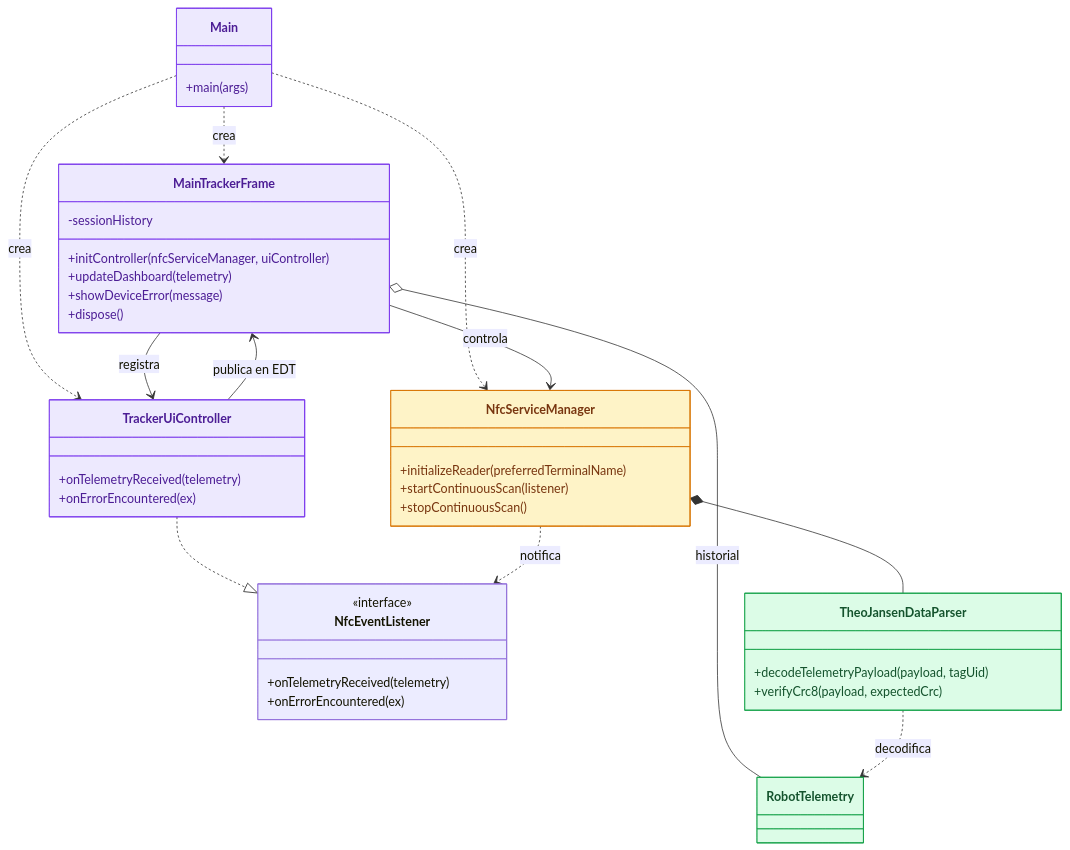
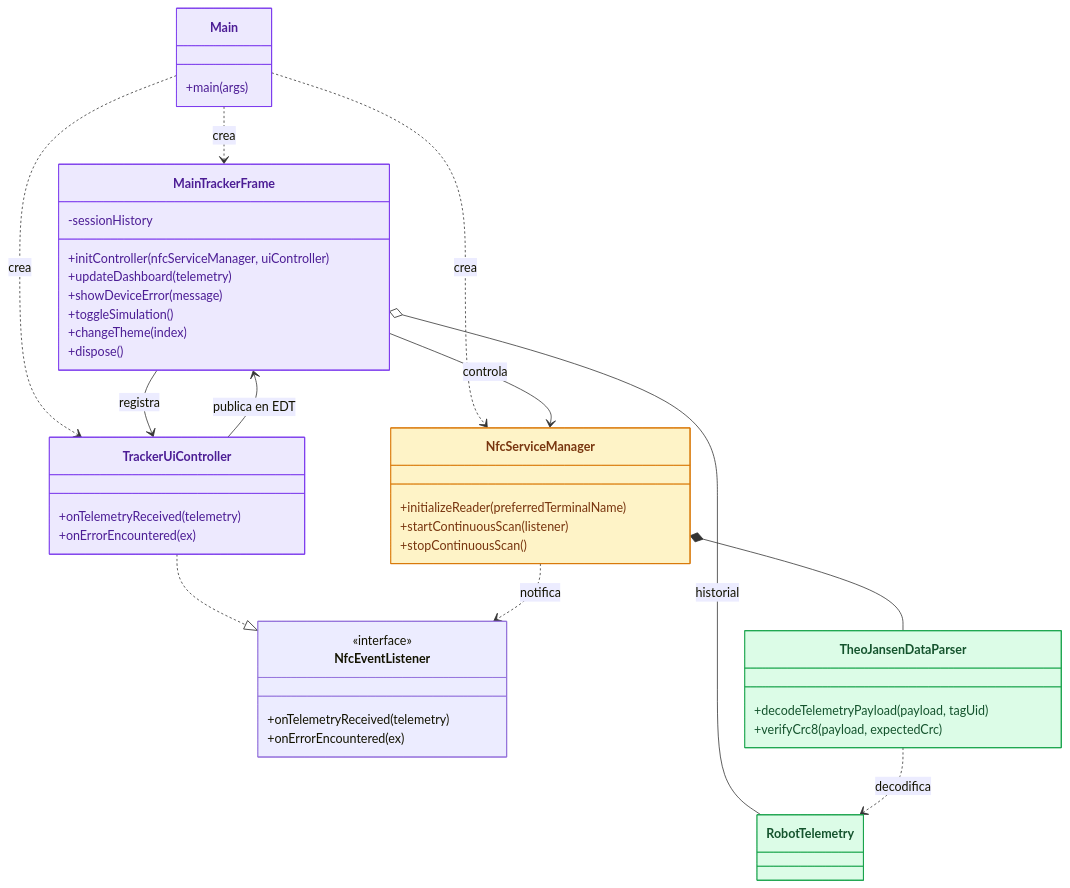
Before and after one commit to RamsesCB/heliostrand-nfc-core-cpp: the sixth of 15 diagrams in README.md, drawn with Mermaid. The commit also changed 1 other file, not shown here.

Commit message:
docs: align class diagrams in README and APPNFC.drawio with current codebase

````diff
--- a/README.md
+++ b/README.md
@@ -216,50 +216,52 @@
 ```mermaid
 classDiagram
     direction TB
     class Main {
         +main(args)
     }
     class MainTrackerFrame {
         -sessionHistory
         +initController(nfcServiceManager, uiController)
         +updateDashboard(telemetry)
         +showDeviceError(message)
+        +toggleSimulation()
+        +changeTheme(index)
         +dispose()
     }
     class TrackerUiController {
         +onTelemetryReceived(telemetry)
         +onErrorEncountered(ex)
     }
     class NfcEventListener {
         <<interface>>
         +onTelemetryReceived(telemetry)
         +onErrorEncountered(ex)
     }
     class NfcServiceManager {
         +initializeReader(preferredTerminalName)
         +startContinuousScan(listener)
         +stopContinuousScan()
     }
     class TheoJansenDataParser {
         +decodeTelemetryPayload(payload, tagUid)
         +verifyCrc8(payload, expectedCrc)
     }
     class RobotTelemetry
     Main ..> MainTrackerFrame : crea
     Main ..> TrackerUiController : crea
     Main ..> NfcServiceManager : crea
     MainTrackerFrame --> NfcServiceManager : controla
     MainTrackerFrame --> TrackerUiController : registra
     MainTrackerFrame o-- RobotTelemetry : historial
     TrackerUiController ..|> NfcEventListener
     TrackerUiController --> MainTrackerFrame : publica en EDT
     NfcServiceManager ..> NfcEventListener : notifica
     NfcServiceManager *-- TheoJansenDataParser
     TheoJansenDataParser ..> RobotTelemetry : decodifica
     style Main fill:#EDE9FE,color:#4C1D95,stroke:#7C3AED
     style MainTrackerFrame fill:#EDE9FE,color:#4C1D95,stroke:#7C3AED
     style TrackerUiController fill:#EDE9FE,color:#4C1D95,stroke:#7C3AED
     style NfcServiceManager fill:#FEF3C7,color:#78350F,stroke:#D97706
     style TheoJansenDataParser fill:#DCFCE7,color:#14532D,stroke:#16A34A
     style RobotTelemetry fill:#DCFCE7,color:#14532D,stroke:#16A34A
 ```
````
